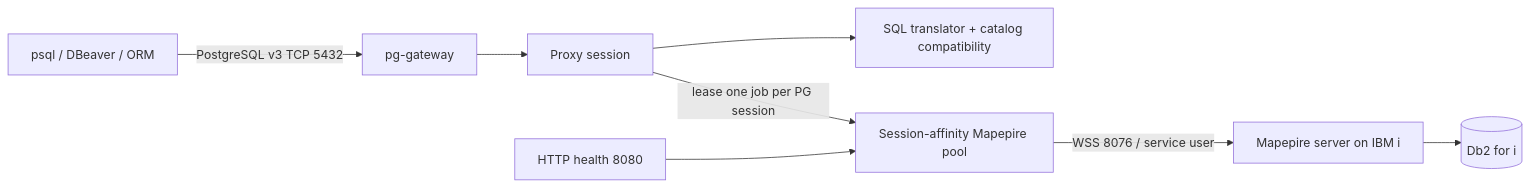
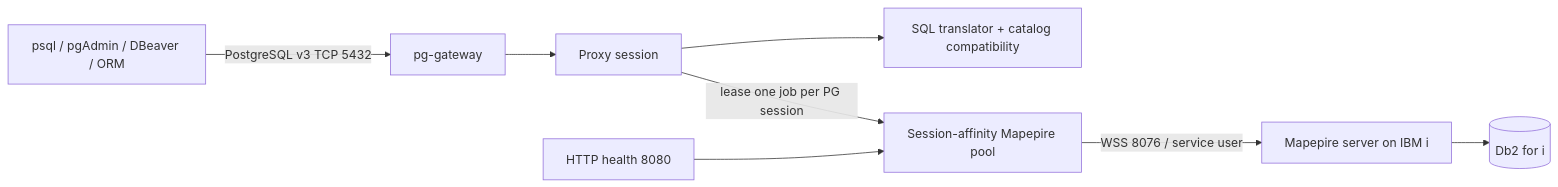
The diagram in README.md (NicolaeCh/postgres-mapepire-proxy), drawn with Mermaid before and after one commit. The commit also changed other lines of this file and 21 other files, not shown here.

````diff
--- a/README.md
+++ b/README.md
@@ -16,10 +16,10 @@
 ```mermaid
 flowchart LR
-  C[psql / DBeaver / ORM] -->|PostgreSQL v3 TCP 5432| G[pg-gateway]
+  C[psql / pgAdmin / DBeaver / ORM] -->|PostgreSQL v3 TCP 5432| G[pg-gateway]
   G --> S[Proxy session]
   S --> T[SQL translator + catalog compatibility]
   S -->|lease one job per PG session| P[Session-affinity Mapepire pool]
   P -->|WSS 8076 / service user| M[Mapepire server on IBM i]
   M --> D[(Db2 for i)]
   H[HTTP health 8080] --> P
 ```
````
